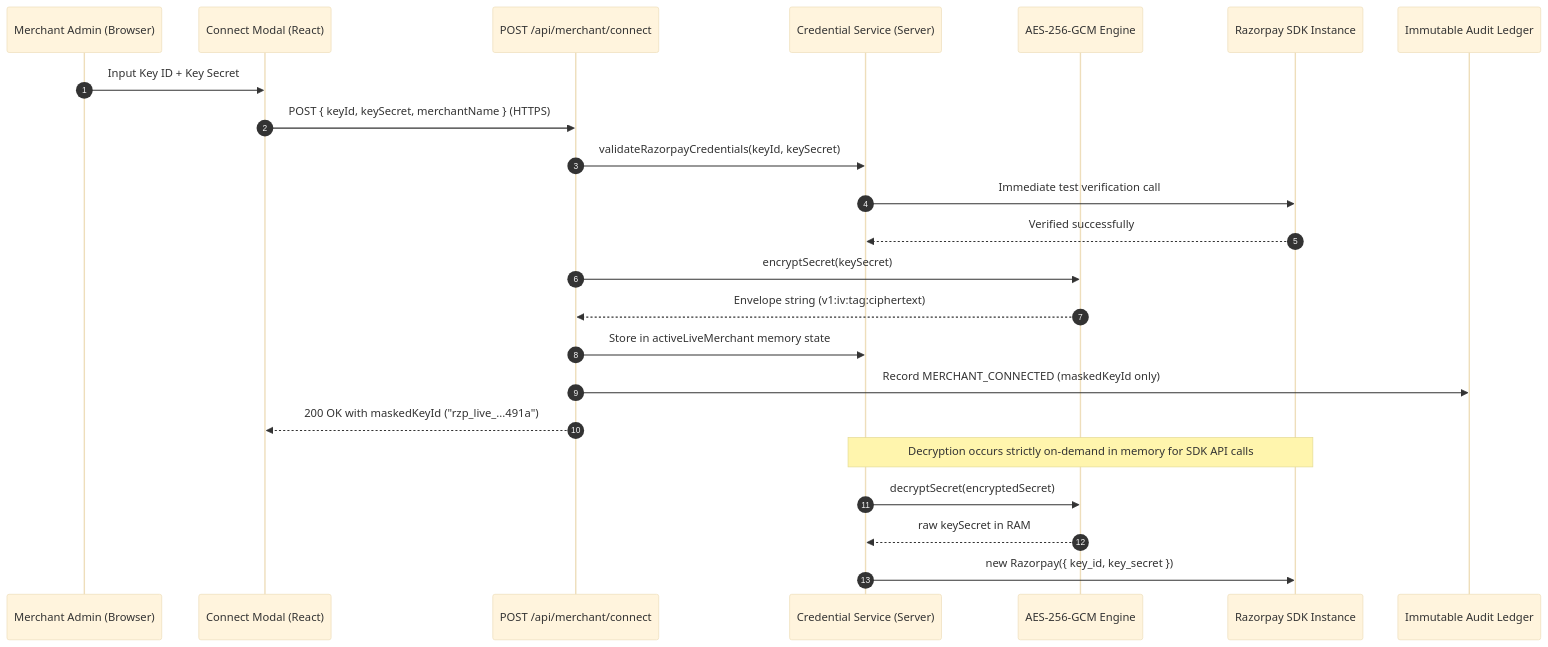
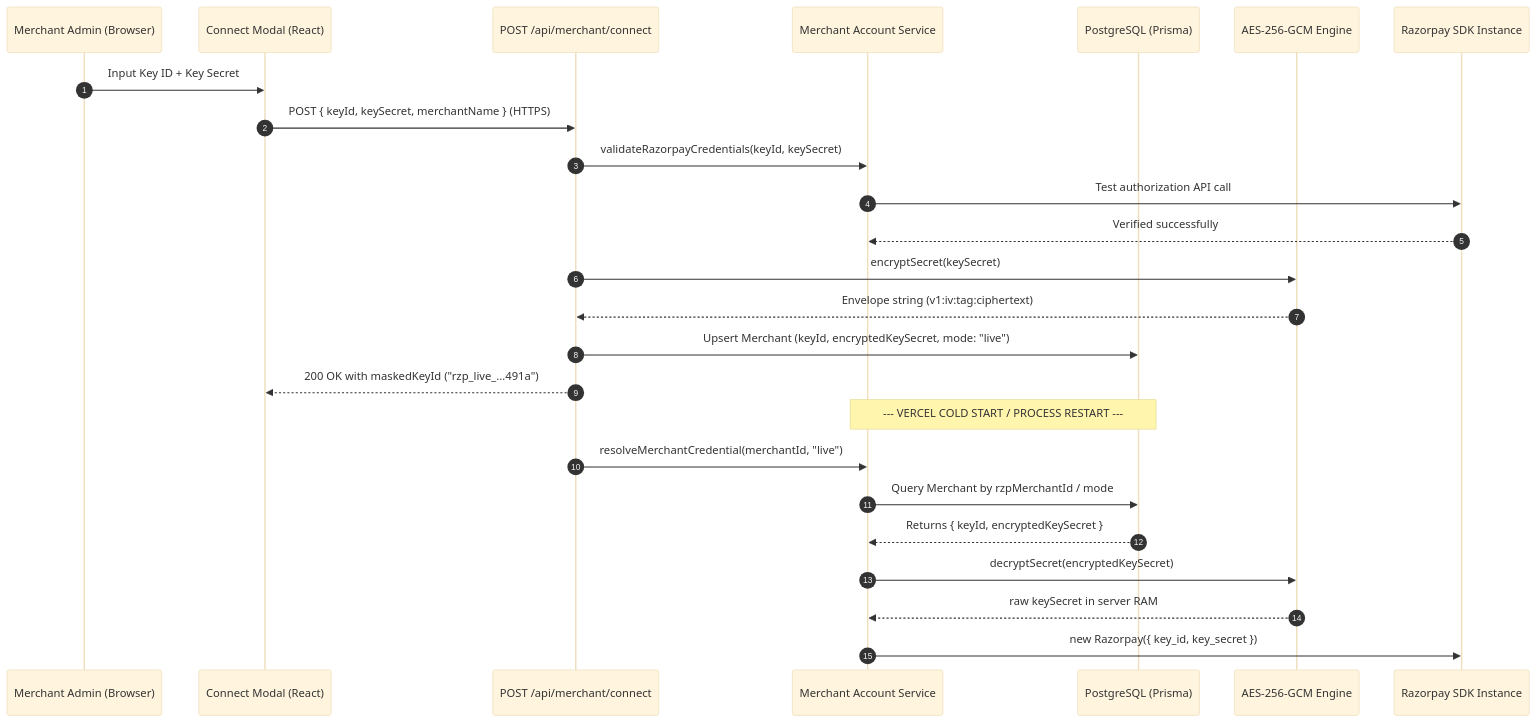
One commit to YashDoesCode/aegis.razorpay.com changed the diagram in docs/merchant-secret-encryption.md. Above: the diagram before and after it, drawn with Mermaid (base theme). The commit also changed other lines of this file and 4 other files, not shown here.

Commit message:
security(credentials): implement durable PostgreSQL persistence and cold-start recovery for encrypted merchant Razorpay secrets

````diff
--- a/docs/merchant-secret-encryption.md
+++ b/docs/merchant-secret-encryption.md
@@ -63,30 +51,33 @@
 ```mermaid
 sequenceDiagram
     autonumber
     participant Merchant as Merchant Admin (Browser)
     participant Modal as Connect Modal (React)
     participant ConnectAPI as POST /api/merchant/connect
-    participant CredService as Credential Service (Server)
+    participant CredService as Merchant Account Service
+    participant DB as PostgreSQL (Prisma)
     participant Crypto as AES-256-GCM Engine
     participant RzpSDK as Razorpay SDK Instance
-    participant Audit as Immutable Audit Ledger
 
     Merchant->>Modal: Input Key ID + Key Secret
     Modal->>ConnectAPI: POST { keyId, keySecret, merchantName } (HTTPS)
     
     ConnectAPI->>CredService: validateRazorpayCredentials(keyId, keySecret)
-    CredService->>RzpSDK: Immediate test verification call
+    CredService->>RzpSDK: Test authorization API call
     RzpSDK-->>CredService: Verified successfully
     
     ConnectAPI->>Crypto: encryptSecret(keySecret)
     Crypto-->>ConnectAPI: Envelope string (v1:iv:tag:ciphertext)
     
-    ConnectAPI->>CredService: Store in activeLiveMerchant memory state
-    ConnectAPI->>Audit: Record MERCHANT_CONNECTED (maskedKeyId only)
+    ConnectAPI->>DB: Upsert Merchant (keyId, encryptedKeySecret, mode: "live")
     ConnectAPI-->>Modal: 200 OK with maskedKeyId ("rzp_live_...491a")
     
-    Note over CredService,RzpSDK: Decryption occurs strictly on-demand in memory for SDK API calls
-    CredService->>Crypto: decryptSecret(encryptedSecret)
-    Crypto-->>CredService: raw keySecret in RAM
+    Note over CredService,DB: --- VERCEL COLD START / PROCESS RESTART ---
+    
+    ConnectAPI->>CredService: resolveMerchantCredential(merchantId, "live")
+    CredService->>DB: Query Merchant by rzpMerchantId / mode
+    DB-->>CredService: Returns { keyId, encryptedKeySecret }
+    CredService->>Crypto: decryptSecret(encryptedKeySecret)
+    Crypto-->>CredService: raw keySecret in server RAM
     CredService->>RzpSDK: new Razorpay({ key_id, key_secret })
 ```
````
